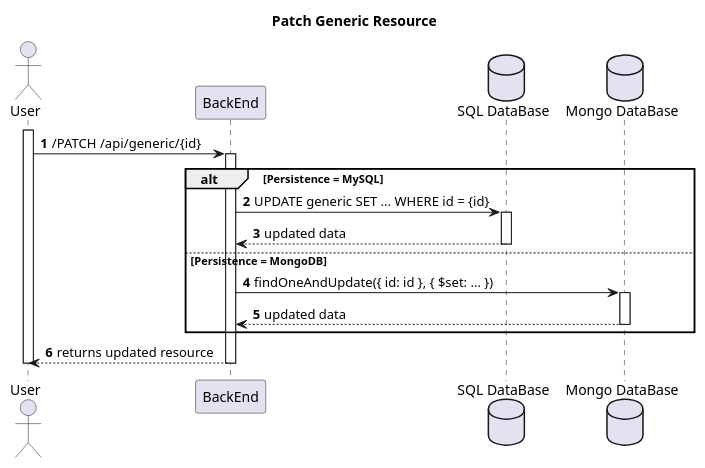
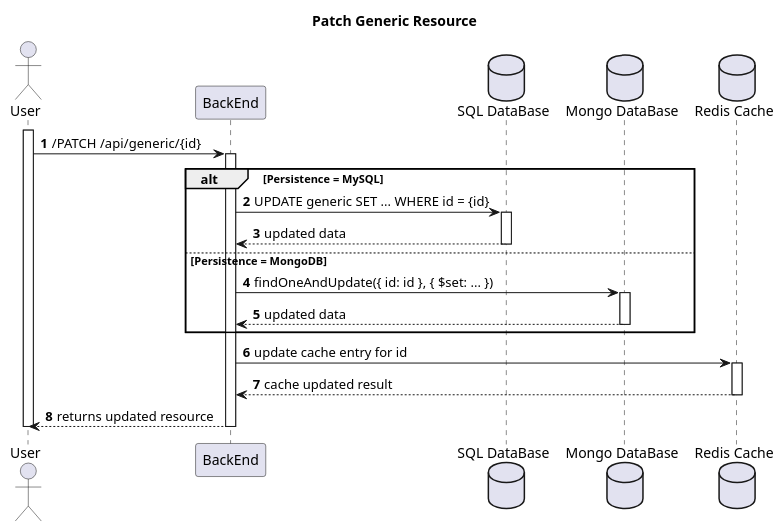
Before and after one commit to rutemf/1220944_1220772_G01: the diagram in Docs/System-To-Be/level2/genericSequenceDiagrams/patch_sd.puml, drawn with PlantUML. The commit also changed 7 other files, not shown here.

```diff
--- a/Docs/System-To-Be/level2/genericSequenceDiagrams/patch_sd.puml
+++ b/Docs/System-To-Be/level2/genericSequenceDiagrams/patch_sd.puml
@@ -1,40 +1,47 @@
 @startuml
 
 autonumber
 
 title Patch Generic Resource
 
 actor "User" as USER
 participant "BackEnd" as System
 database "SQL DataBase" as MYSQL
 database "Mongo DataBase" as MONGO
+database "Redis Cache" as REDIS
 
 activate USER
 
     USER -> System: /PATCH /api/generic/{id}
     activate System
 
         alt Persistence = MySQL
 
             System -> MYSQL: UPDATE generic SET ... WHERE id = {id}
             activate MYSQL
 
                 MYSQL --> System: updated data
             deactivate MYSQL
 
         else Persistence = MongoDB
 
             System -> MONGO: findOneAndUpdate({ id: id }, { $set: ... })
             activate MONGO
 
                 MONGO --> System: updated data
             deactivate MONGO
 
         end
 
+        System -> REDIS: update cache entry for id
+        activate REDIS
+
+            REDIS --> System: cache updated result
+        deactivate REDIS
+
         System --> USER: returns updated resource
     deactivate System
 
 deactivate USER
 
 @enduml
```
